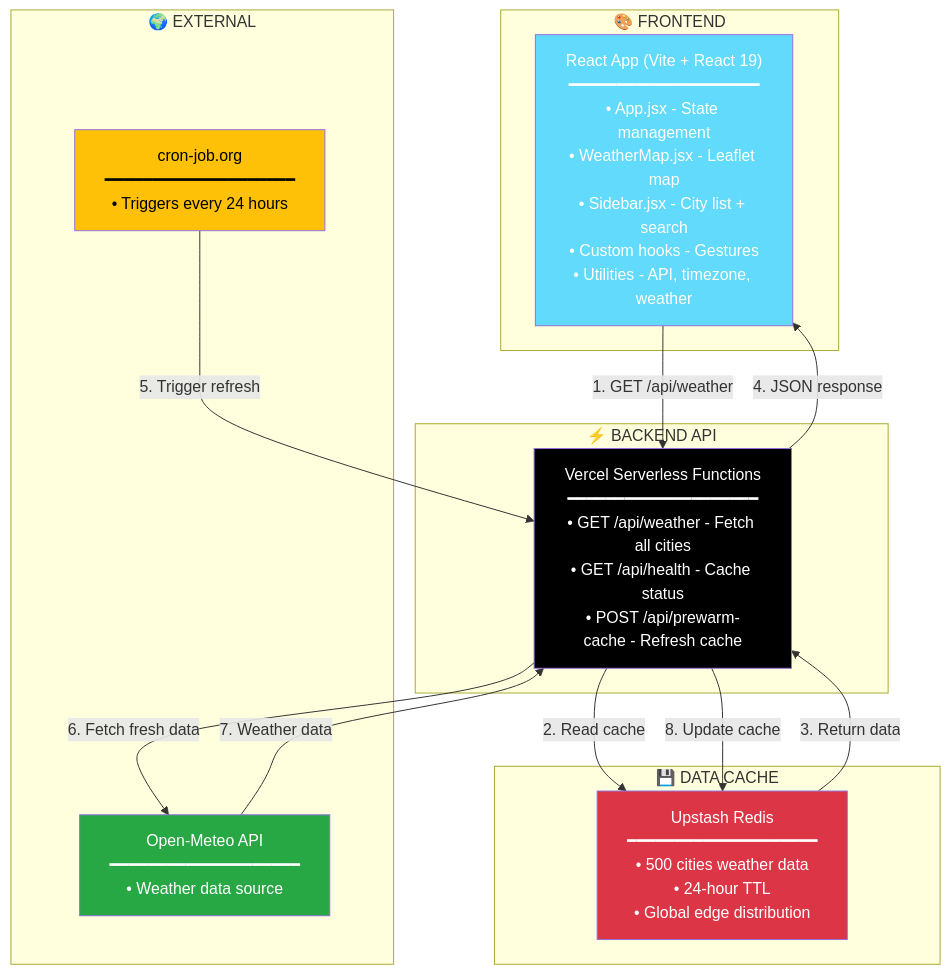
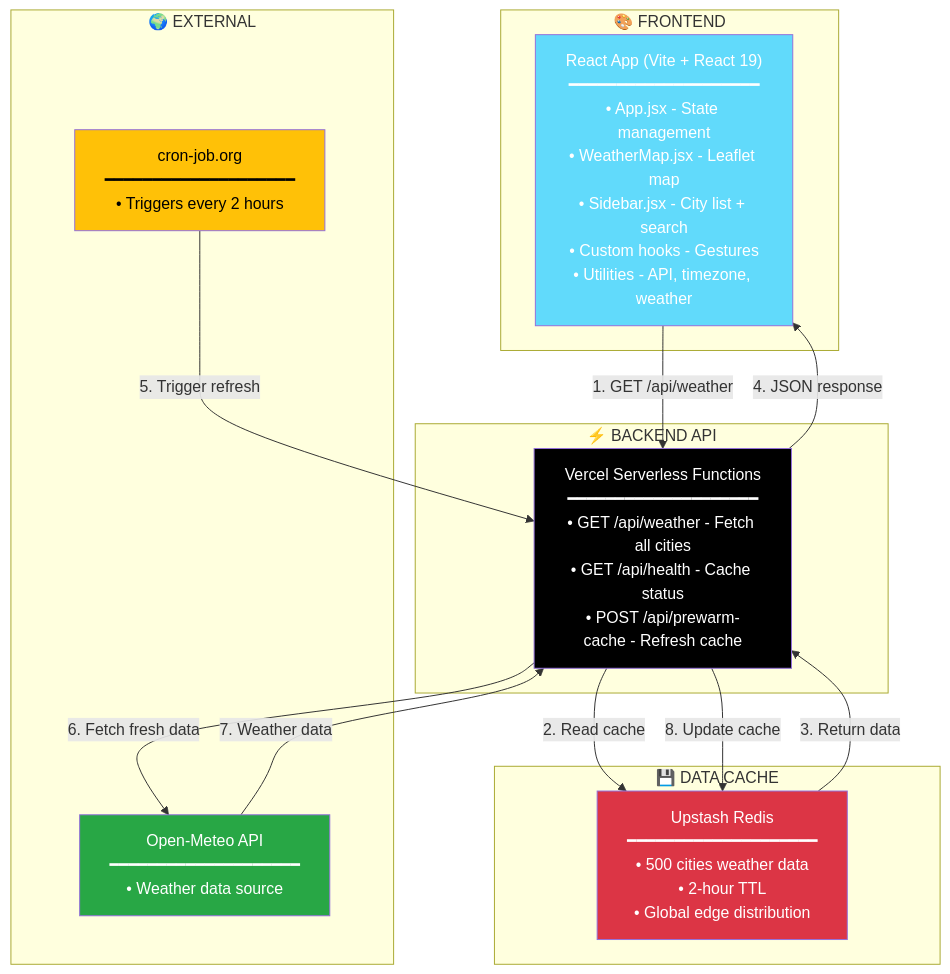
The diagram in README.md (Divyansh72144/liveweather), drawn with Mermaid before and after one commit. The commit also changed other lines of this file, not shown here.

Commit message:
updated data, as it updates every 2 hours

````diff
--- a/README.md
+++ b/README.md
@@ -7,35 +7,35 @@
 ```mermaid
 graph TB
     subgraph FRONTEND ["🎨 FRONTEND"]
         APP["React App (Vite + React 19)<br/>━━━━━━━━━━━━━━━━━━━━<br/>• App.jsx - State management<br/>• WeatherMap.jsx - Leaflet map<br/>• Sidebar.jsx - City list + search<br/>• Custom hooks - Gestures<br/>• Utilities - API, timezone, weather"]
     end
 
     subgraph BACKEND ["⚡ BACKEND API"]
         API["Vercel Serverless Functions<br/>━━━━━━━━━━━━━━━━━━━━<br/>• GET /api/weather - Fetch all cities<br/>• GET /api/health - Cache status<br/>• POST /api/prewarm-cache - Refresh cache"]
     end
 
     subgraph CACHE ["💾 DATA CACHE"]
-        REDIS["Upstash Redis<br/>━━━━━━━━━━━━━━━━━━━━<br/>• 500 cities weather data<br/>• 24-hour TTL<br/>• Global edge distribution"]
+        REDIS["Upstash Redis<br/>━━━━━━━━━━━━━━━━━━━━<br/>• 500 cities weather data<br/>• 2-hour TTL<br/>• Global edge distribution"]
     end
 
     subgraph EXTERNAL ["🌍 EXTERNAL"]
         OPEN["Open-Meteo API<br/>━━━━━━━━━━━━━━━━━━━━<br/>• Weather data source"]
-        CRON["cron-job.org<br/>━━━━━━━━━━━━━━━━━━━━<br/>• Triggers every 24 hours"]
+        CRON["cron-job.org<br/>━━━━━━━━━━━━━━━━━━━━<br/>• Triggers every 2 hours"]
     end
 
     APP -->|"1. GET /api/weather"| API
     API -->|"2. Read cache"| REDIS
     REDIS -->|"3. Return data"| API
     API -->|"4. JSON response"| APP
 
     CRON -->|"5. Trigger refresh"| API
     API -->|"6. Fetch fresh data"| OPEN
     OPEN -->|"7. Weather data"| API
     API -->|"8. Update cache"| REDIS
 
     style APP fill:#61dafb,color:#fff
     style API fill:#000,color:#fff
     style REDIS fill:#dc3545,color:#fff
     style OPEN fill:#28a745,color:#fff
     style CRON fill:#ffc107,color:#000
 ```
````
